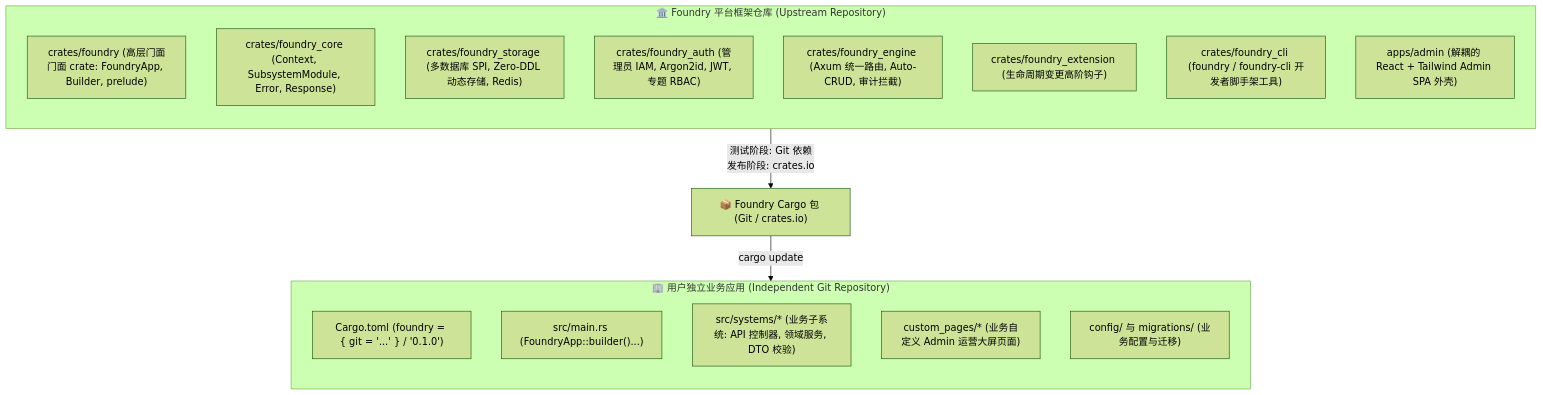
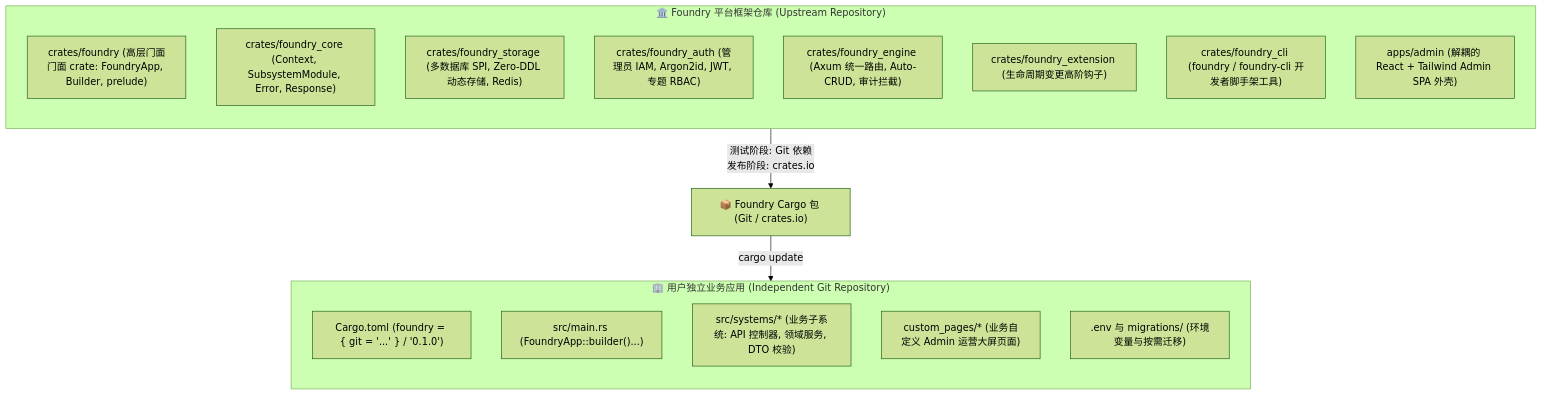
One commit to FoundKit/foundry changed the first of 2 diagrams in docs/src/content/docs/zh/architecture/blueprint.md. Above: the diagram before and after it, drawn with Mermaid (forest theme). The commit also changed 5 other files, not shown here.

First line of the commit message:
feat: 使用 .env 替代 config 目录

````diff
--- a/docs/src/content/docs/zh/architecture/blueprint.md
+++ b/docs/src/content/docs/zh/architecture/blueprint.md
@@ -20,27 +20,27 @@
 ```mermaid
 flowchart TD
     subgraph FrameworkRepo["🏛️ Foundry 平台框架仓库 (Upstream Repository)"]
         direction TB
         F_Facade["crates/foundry (高层门面门面 crate: FoundryApp, Builder, prelude)"]
         F_Core["crates/foundry_core (Context, SubsystemModule, Error, Response)"]
         F_Storage["crates/foundry_storage (多数据库 SPI, Zero-DDL 动态存储, Redis)"]
         F_Auth["crates/foundry_auth (管理员 IAM, Argon2id, JWT, 专题 RBAC)"]
         F_Engine["crates/foundry_engine (Axum 统一路由, Auto-CRUD, 审计拦截)"]
         F_Ext["crates/foundry_extension (生命周期变更高阶钩子)"]
         F_CLI["crates/foundry_cli (foundry / foundry-cli 开发者脚手架工具)"]
         F_Admin["apps/admin (解耦的 React + Tailwind Admin SPA 外壳)"]
     end
 
     FrameworkRepo -->|"测试阶段: Git 依赖<br/>发布阶段: crates.io"| CratesIO["📦 Foundry Cargo 包 (Git / crates.io)"]
 
     subgraph UserApp["🏢 用户独立业务应用 (Independent Git Repository)"]
         direction TB
         App_Cargo["Cargo.toml (foundry = { git = '...' } / '0.1.0')"]
         App_Main["src/main.rs (FoundryApp::builder()...)"]
         App_Systems["src/systems/* (业务子系统: API 控制器, 领域服务, DTO 校验)"]
         App_Admin["custom_pages/* (业务自定义 Admin 运营大屏页面)"]
-        App_Config["config/ 与 migrations/ (业务配置与迁移)"]
+        App_Config[".env 与 migrations/ (环境变量与按需迁移)"]
     end
 
     CratesIO -->|"cargo update"| UserApp
 ```
````
